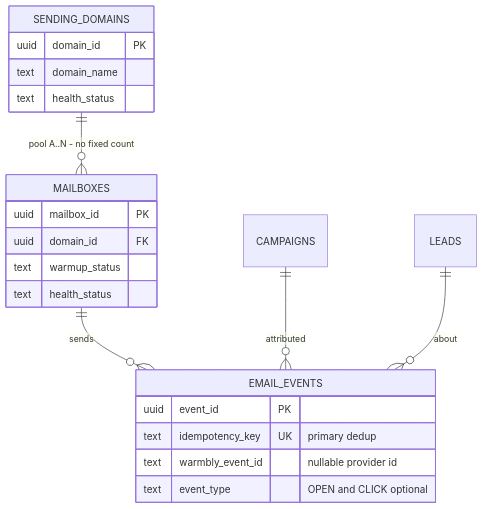
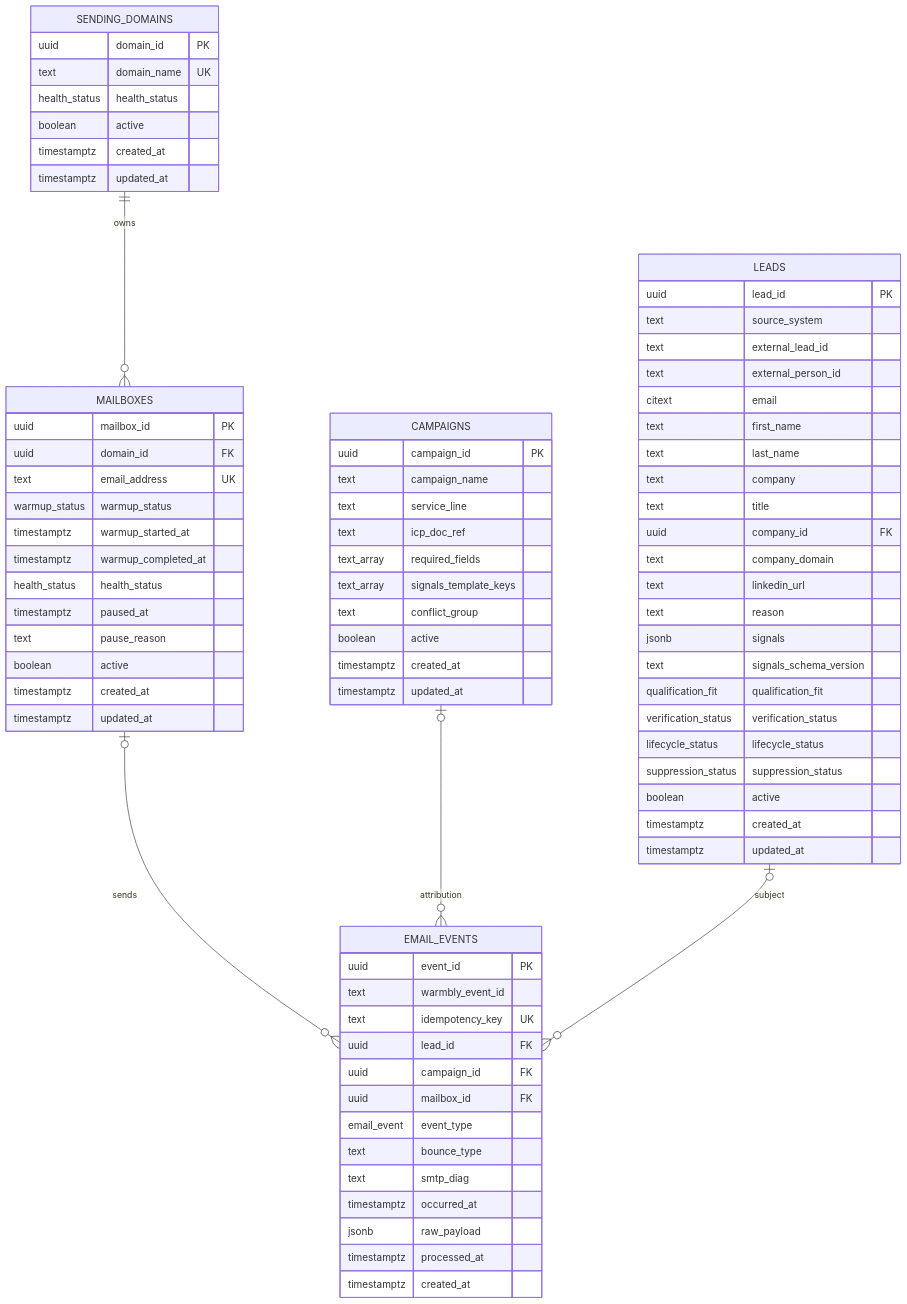
One commit to shilpaskmc-design/skmc-cold-email changed the third of 7 diagrams in docs/database-schema.md. Above: the diagram before and after it, drawn with Mermaid. The commit also changed other lines of this file, not shown here.

First line of the commit message:
docs(database): complete all six Mermaid ER diagrams

````diff
--- a/docs/database-schema.md
+++ b/docs/database-schema.md
@@ -766,24 +834,80 @@
 ```mermaid
 erDiagram
-    SENDING_DOMAINS ||--o{ MAILBOXES : "pool A..N - no fixed count"
-    MAILBOXES ||--o{ EMAIL_EVENTS : sends
-    CAMPAIGNS ||--o{ EMAIL_EVENTS : attributed
-    LEADS ||--o{ EMAIL_EVENTS : about
+    SENDING_DOMAINS ||--o{ MAILBOXES : owns
+    MAILBOXES o|--o{ EMAIL_EVENTS : sends
+    CAMPAIGNS o|--o{ EMAIL_EVENTS : attribution
+    LEADS o|--o{ EMAIL_EVENTS : subject
     SENDING_DOMAINS {
         uuid domain_id PK
-        text domain_name
-        text health_status
+        text domain_name UK
+        health_status health_status
+        boolean active
+        timestamptz created_at
+        timestamptz updated_at
     }
     MAILBOXES {
         uuid mailbox_id PK
         uuid domain_id FK
-        text warmup_status
-        text health_status
+        text email_address UK
+        warmup_status warmup_status
+        timestamptz warmup_started_at
+        timestamptz warmup_completed_at
+        health_status health_status
+        timestamptz paused_at
+        text pause_reason
+        boolean active
+        timestamptz created_at
+        timestamptz updated_at
     }
     EMAIL_EVENTS {
         uuid event_id PK
-        text idempotency_key UK "primary dedup"
-        text warmbly_event_id "nullable provider id"
-        text event_type "OPEN and CLICK optional"
+        text warmbly_event_id
+        text idempotency_key UK
+        uuid lead_id FK
+        uuid campaign_id FK
+        uuid mailbox_id FK
+        email_event event_type
+        text bounce_type
+        text smtp_diag
+        timestamptz occurred_at
+        jsonb raw_payload
+        timestamptz processed_at
+        timestamptz created_at
+    }
+    CAMPAIGNS {
+        uuid campaign_id PK
+        text campaign_name
+        text service_line
+        text icp_doc_ref
+        text_array required_fields
+        text_array signals_template_keys
+        text conflict_group
+        boolean active
+        timestamptz created_at
+        timestamptz updated_at
+    }
+    LEADS {
+        uuid lead_id PK
+        text source_system
+        text external_lead_id
+        text external_person_id
+        citext email
+        text first_name
+        text last_name
+        text company
+        text title
+        uuid company_id FK
+        text company_domain
+        text linkedin_url
+        text reason
+        jsonb signals
+        text signals_schema_version
+        qualification_fit qualification_fit
+        verification_status verification_status
+        lifecycle_status lifecycle_status
+        suppression_status suppression_status
+        boolean active
+        timestamptz created_at
+        timestamptz updated_at
     }
 ```
````
